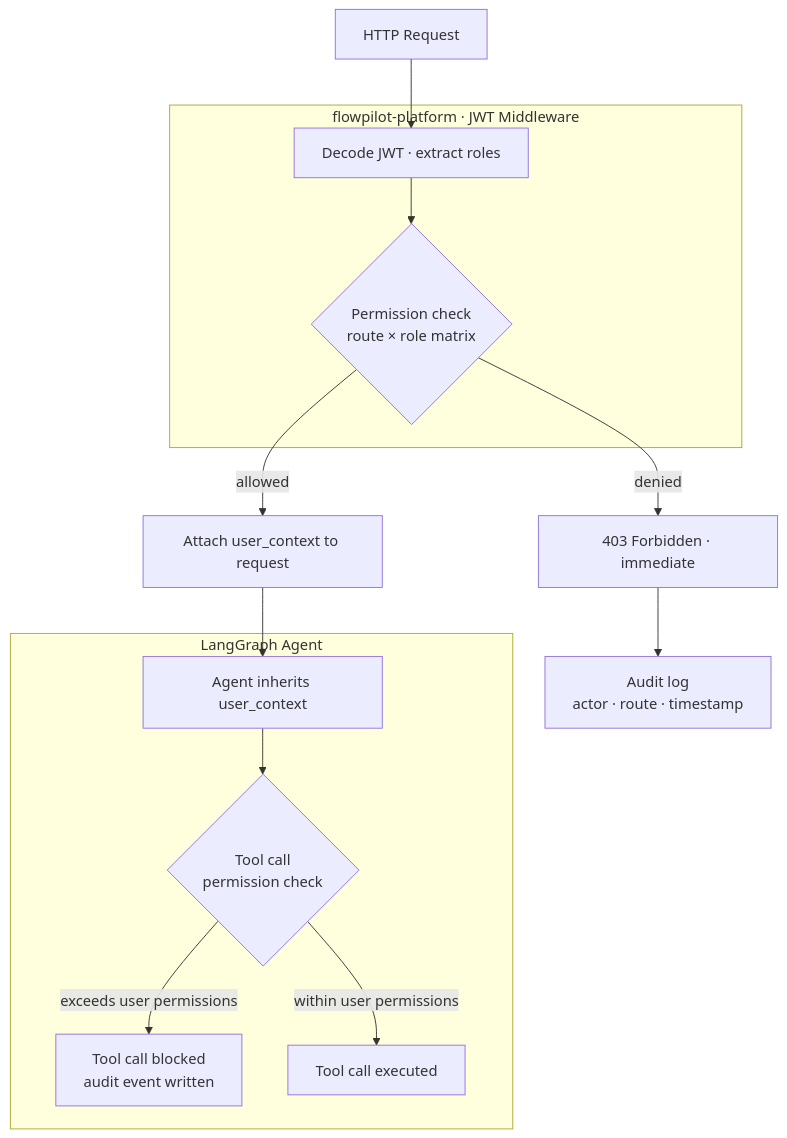
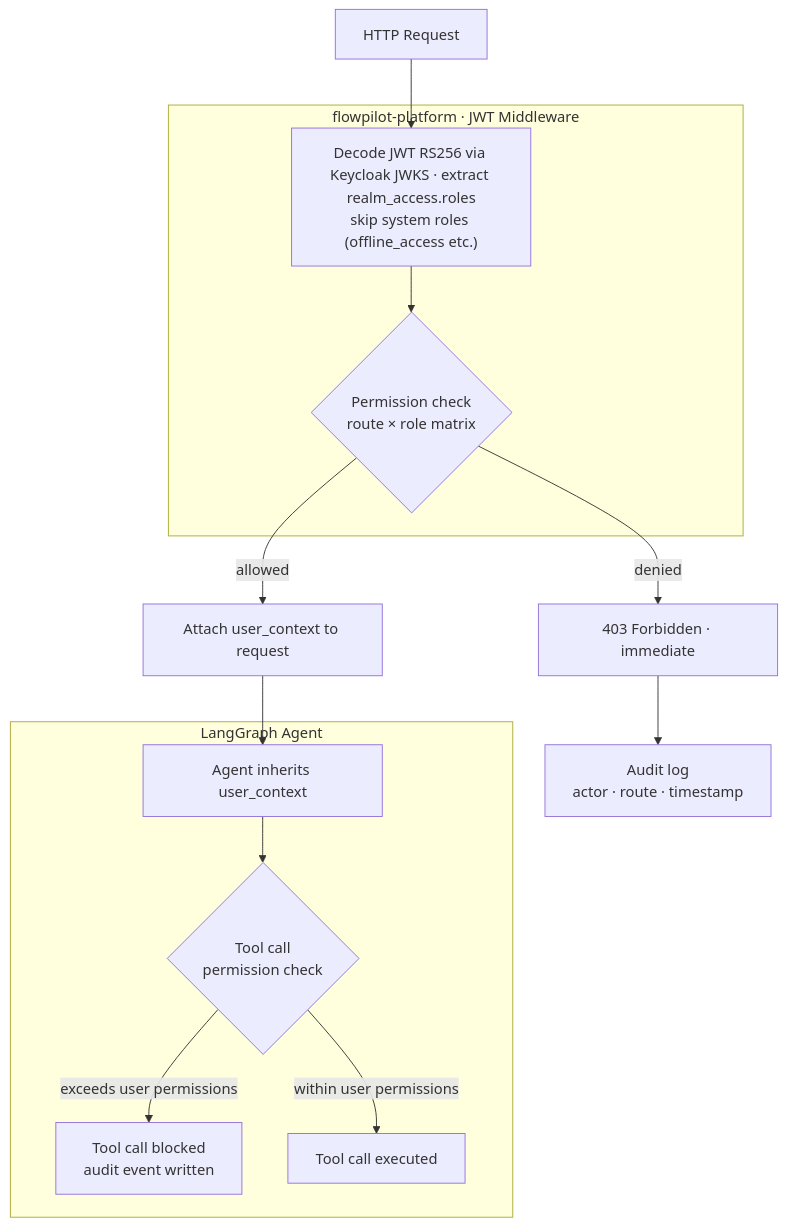
Before and after one commit to nitindra-soekhai/flowpilot-docs: the diagram in architecture/rbac.md, drawn with Mermaid. The commit also changed other lines of this file and 10 other files, not shown here.

Commit message:
docs: update architecture diagrams to v1.6 state

````diff
--- a/architecture/rbac.md
+++ b/architecture/rbac.md
@@ -29,20 +29,20 @@
 ```mermaid
 flowchart TD
     A["HTTP Request"] --> B
 
     subgraph MW ["flowpilot-platform · JWT Middleware"]
-        B["Decode JWT · extract roles"] --> C{"Permission check\nroute × role matrix"}
+        B["Decode JWT RS256 via Keycloak JWKS · extract realm_access.roles\nskip system roles (offline_access etc.)"] --> C{"Permission check\nroute × role matrix"}
     end
 
     C -->|denied| D["403 Forbidden · immediate"]
     D --> E["Audit log\nactor · route · timestamp"]
 
     C -->|allowed| F["Attach user_context to request"]
     F --> G
 
     subgraph AG ["LangGraph Agent"]
         G["Agent inherits user_context"] --> H{"Tool call\npermission check"}
         H -->|exceeds user permissions| I["Tool call blocked\naudit event written"]
         H -->|within user permissions| J["Tool call executed"]
     end
 ```
````
